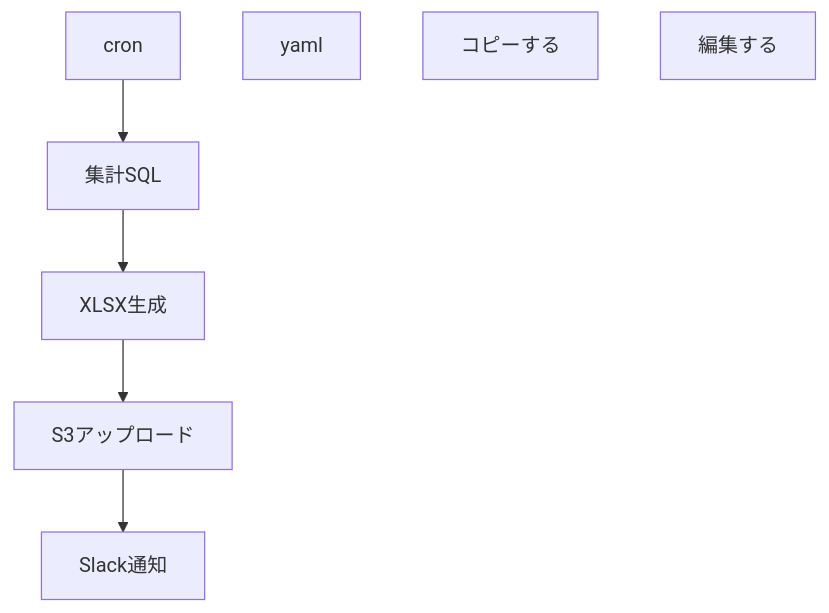
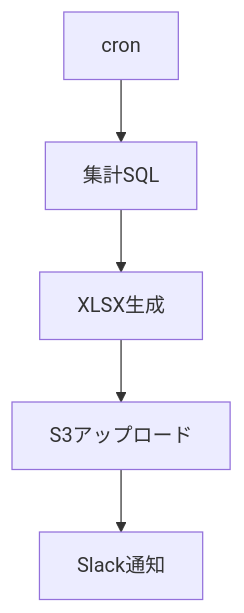
One commit to TeckVeho/wiki changed the diagram in docs/development/ai-driven-development/document_templates/batch_design.md. Above: the diagram before and after it, drawn with Mermaid. The commit also changed other lines of this file and 17 other files, not shown here.

````diff
--- a/docs/development/ai-driven-development/document_templates/batch_design.md
+++ b/docs/development/ai-driven-development/document_templates/batch_design.md
@@ -12,10 +16,7 @@
 ```mermaid
 flowchart TB
   A[cron] --> B[集計SQL]
   B --> C[XLSX生成]
   C --> D[S3アップロード]
   D --> E[Slack通知]
-yaml
-コピーする
-編集する
 ```
````
